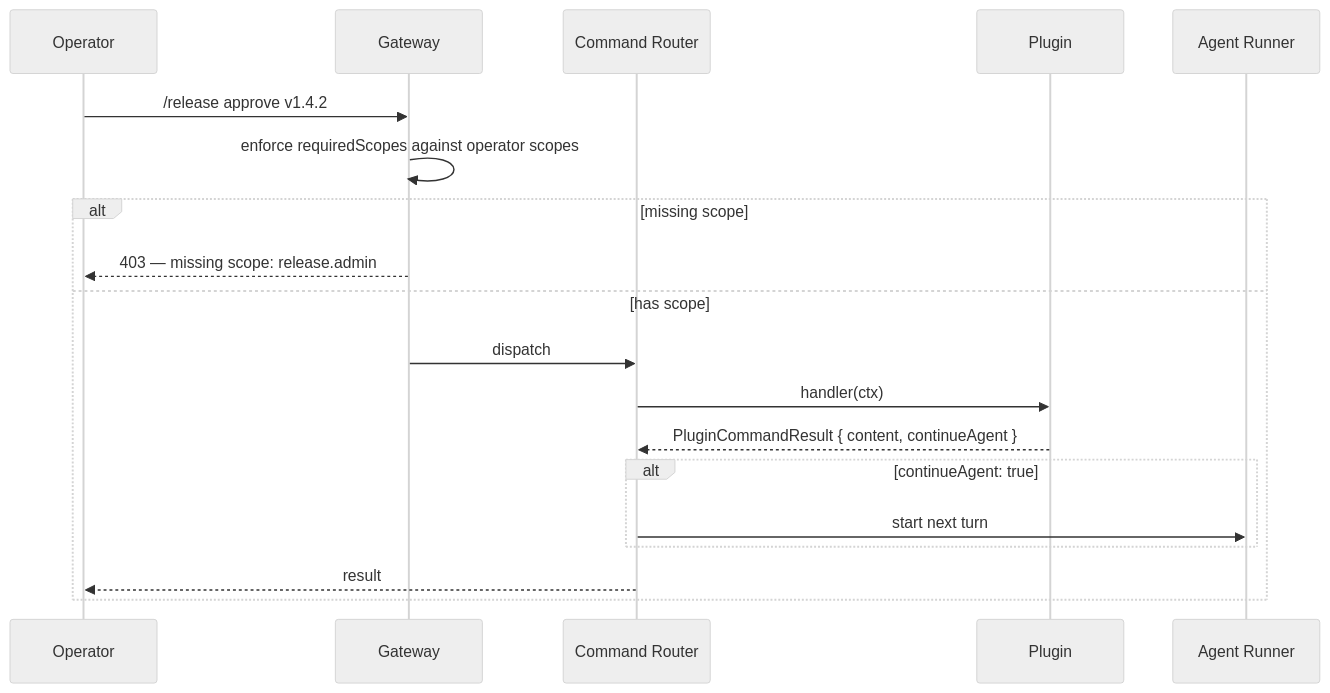
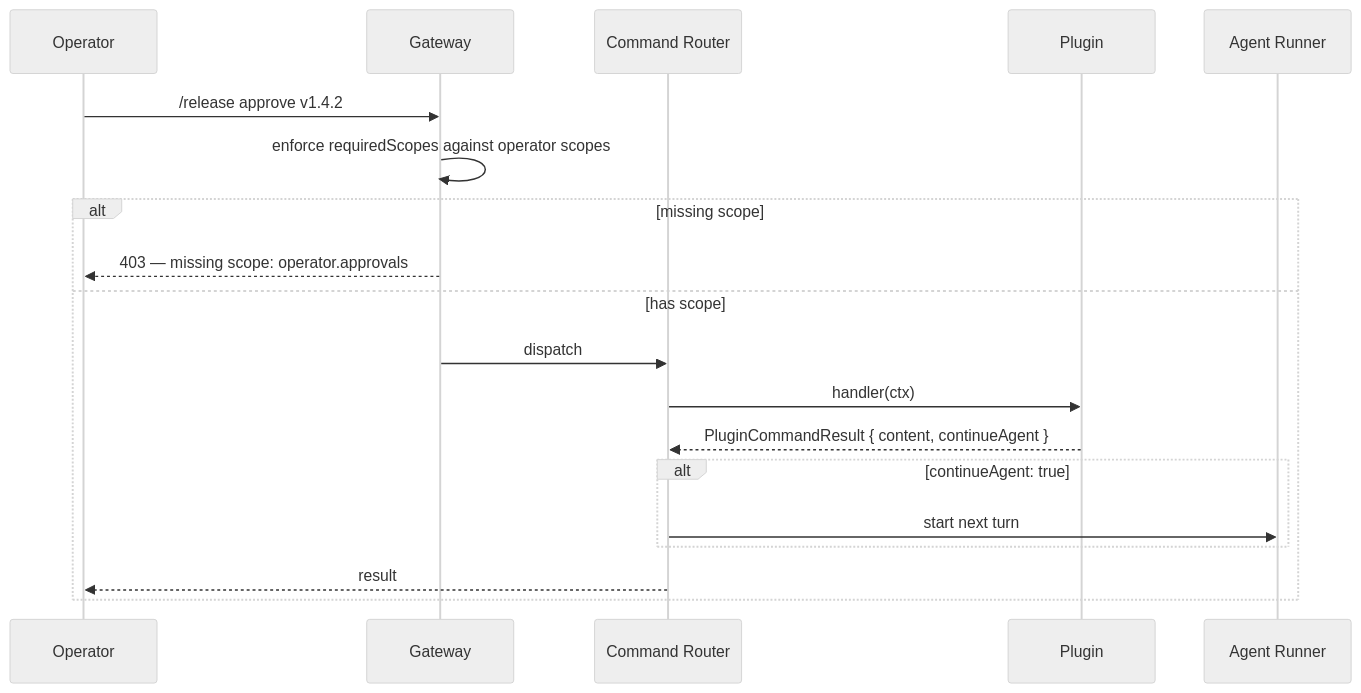
Before and after one commit to openclaw/openclaw: the ninth of 23 diagrams in docs/plugins/host-hooks-examples.md, drawn with Mermaid (neutral theme). The commit also changed other lines of this file and 17 other files, not shown here.

````diff
--- a/docs/plugins/host-hooks-examples.md
+++ b/docs/plugins/host-hooks-examples.md
@@ -1013,22 +1013,22 @@
 ```mermaid
 sequenceDiagram
   participant Op as Operator
   participant GW as Gateway
   participant Router as Command Router
   participant Plugin
   participant Runner as Agent Runner
 
   Op->>GW: /release approve v1.4.2
   GW->>GW: enforce requiredScopes against operator scopes
   alt missing scope
-    GW-->>Op: 403 — missing scope: release.admin
+    GW-->>Op: 403 — missing scope: operator.approvals
   else has scope
     GW->>Router: dispatch
     Router->>Plugin: handler(ctx)
     Plugin-->>Router: PluginCommandResult { content, continueAgent }
     alt continueAgent: true
       Router->>Runner: start next turn
     end
     Router-->>Op: result
   end
 ```
````
